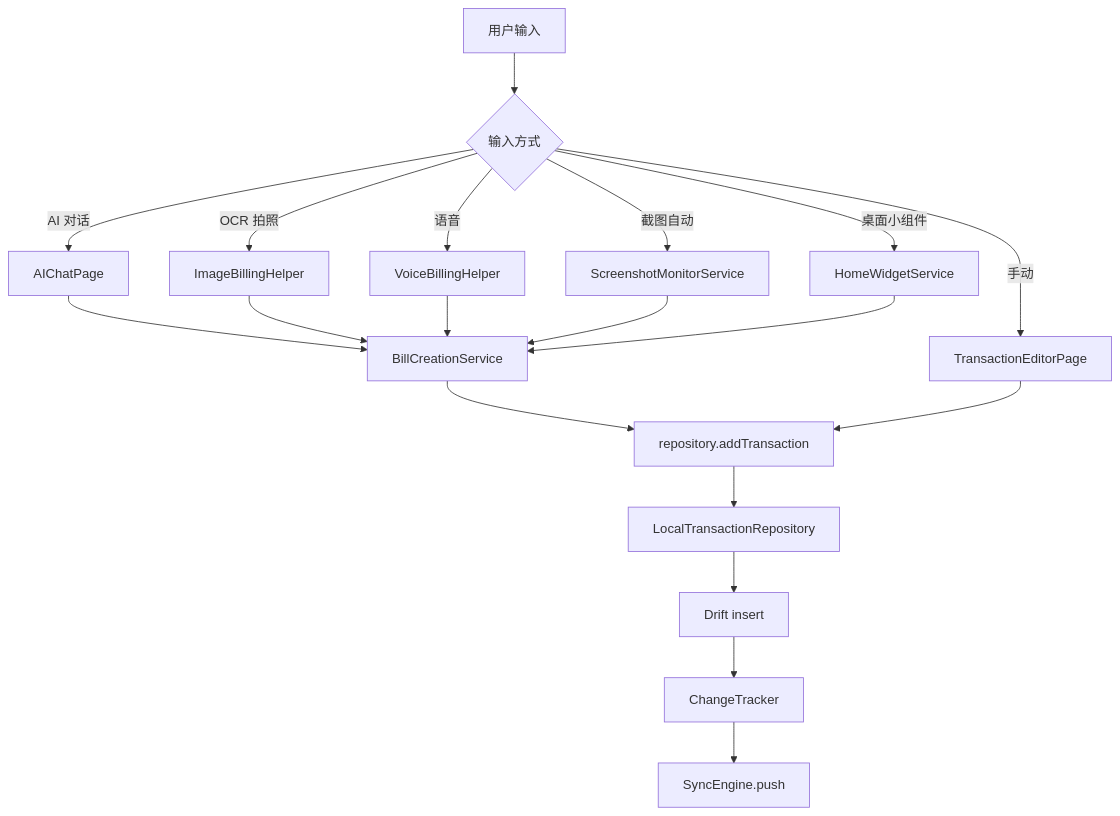
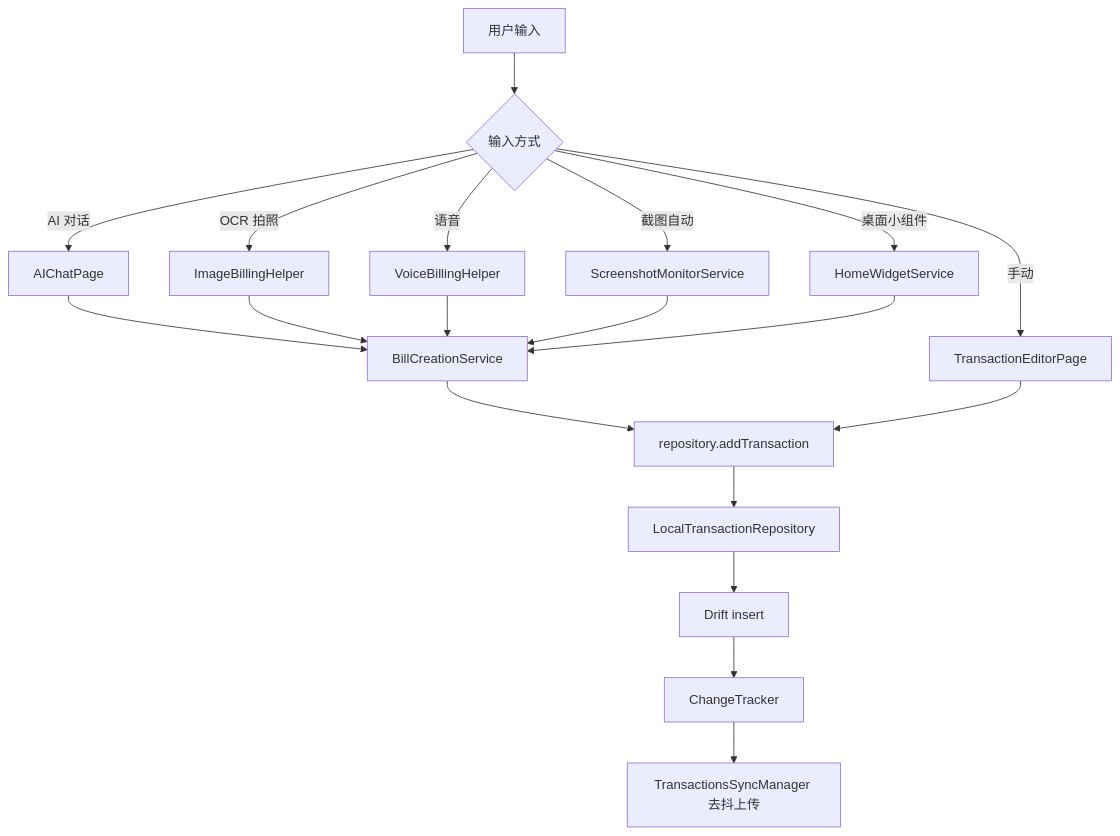
One commit to mecoren/PiggyCount changed the third of 5 diagrams in docoments/05-core-modules.md. Above: the diagram before and after it, drawn with Mermaid. The commit also changed other lines of this file and 19 other files, not shown here.

First line of the commit message:
docs: 工程文档与 known-issues 同步至 schema 58 / 快照同步（2026-10-17）

````diff
--- a/docoments/05-core-modules.md
+++ b/docoments/05-core-modules.md
@@ -136,22 +136,22 @@
 ```mermaid
 flowchart TD
     A[用户输入] --> B{输入方式}
     B -->|手动| C[TransactionEditorPage]
     B -->|AI 对话| D[AIChatPage]
     B -->|OCR 拍照| E[ImageBillingHelper]
     B -->|语音| F[VoiceBillingHelper]
     B -->|截图自动| G[ScreenshotMonitorService]
     B -->|桌面小组件| H[HomeWidgetService]
 
     D --> I[BillCreationService]
     E --> I
     F --> I
     G --> I
     H --> I
     I --> J[repository.addTransaction]
     C --> J
     J --> K[LocalTransactionRepository]
     K --> L[Drift insert]
     L --> M[ChangeTracker]
-    M --> N[SyncEngine.push]
+    M --> N[TransactionsSyncManager 去抖上传]
 ```
````
